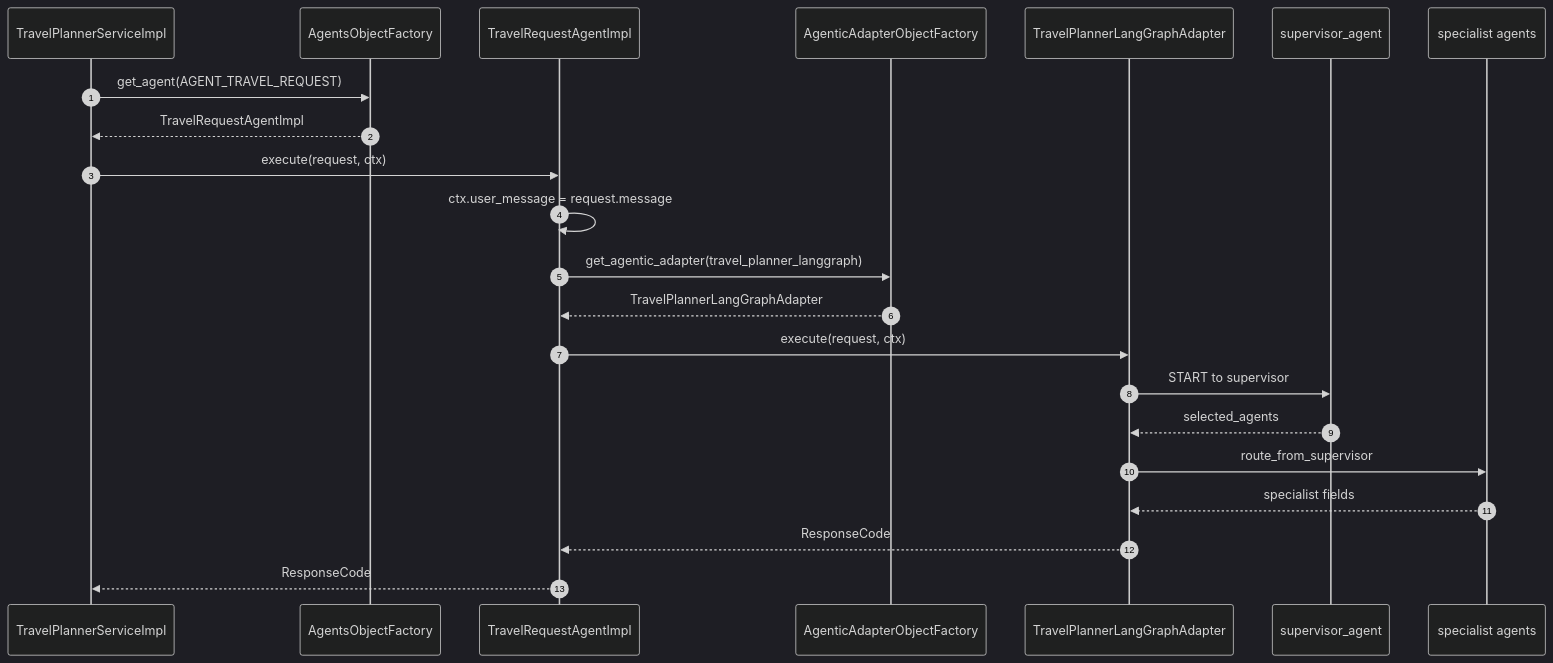
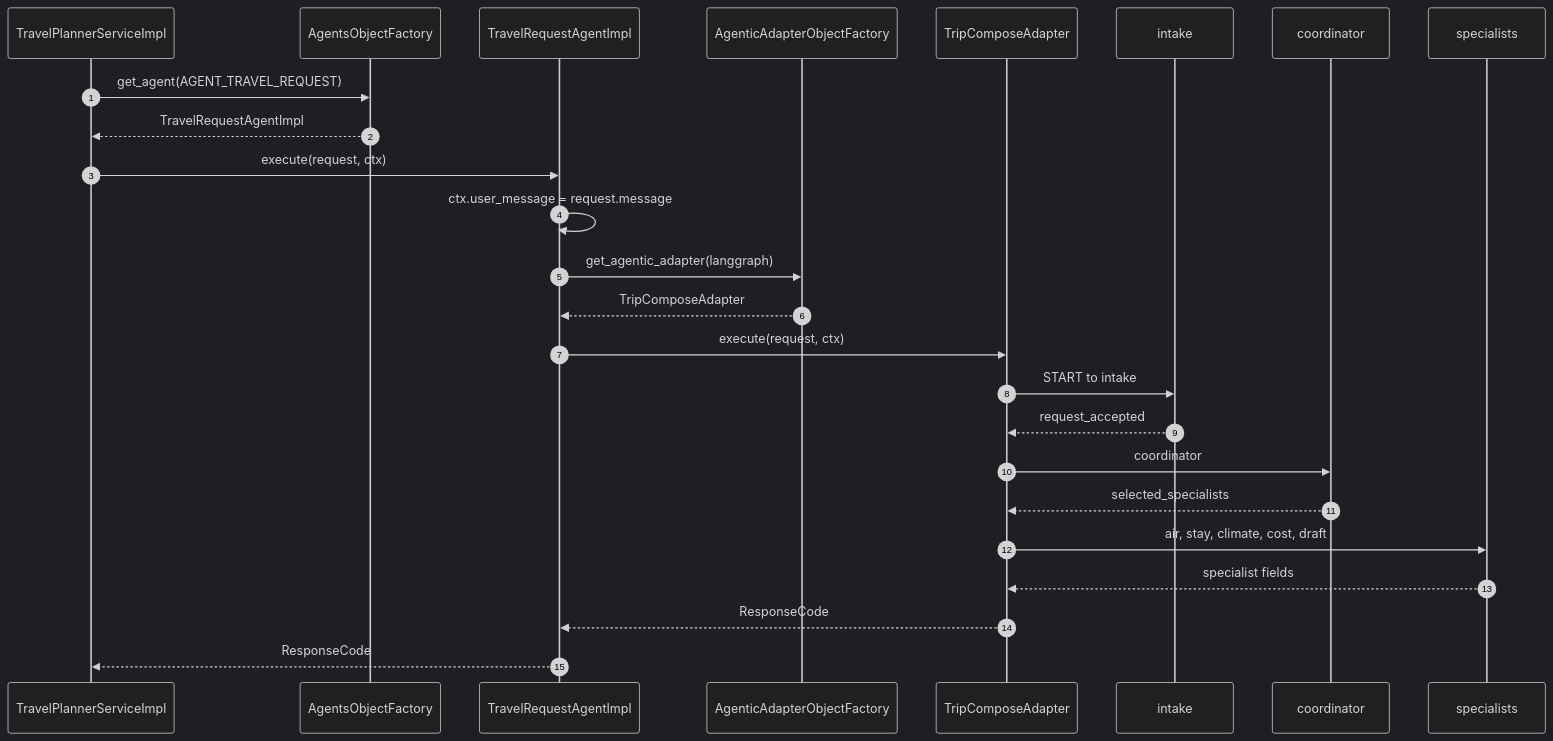
One commit to javakishore-veleti/TripMate changed the second of 3 diagrams in Docs/Design/TravelReqAgentImpl.md. Above: the diagram before and after it, drawn with Mermaid (dark theme). The commit also changed other lines of this file and 260 other files, not shown here.

````diff
--- a/Docs/Design/TravelReqAgentImpl.md
+++ b/Docs/Design/TravelReqAgentImpl.md
@@ -37,25 +37,28 @@
 ```mermaid
 sequenceDiagram
     autonumber
     participant Svc as TravelPlannerServiceImpl
     participant Agents as AgentsObjectFactory
     participant Core as TravelRequestAgentImpl
     participant Adapters as AgenticAdapterObjectFactory
-    participant Graph as TravelPlannerLangGraphAdapter
-    participant Super as supervisor_agent
-    participant Others as specialist agents
+    participant Graph as TripComposeAdapter
+    participant Intake as intake
+    participant Coord as coordinator
+    participant Others as specialists
 
     Svc->>Agents: get_agent(AGENT_TRAVEL_REQUEST)
     Agents-->>Svc: TravelRequestAgentImpl
     Svc->>Core: execute(request, ctx)
     Core->>Core: ctx.user_message = request.message
-    Core->>Adapters: get_agentic_adapter(travel_planner_langgraph)
-    Adapters-->>Core: TravelPlannerLangGraphAdapter
+    Core->>Adapters: get_agentic_adapter(langgraph)
+    Adapters-->>Core: TripComposeAdapter
     Core->>Graph: execute(request, ctx)
-    Graph->>Super: START to supervisor
-    Super-->>Graph: selected_agents
-    Graph->>Others: route_from_supervisor
+    Graph->>Intake: START to intake
+    Intake-->>Graph: request_accepted
+    Graph->>Coord: coordinator
+    Coord-->>Graph: selected_specialists
+    Graph->>Others: air, stay, climate, cost, draft
     Others-->>Graph: specialist fields
     Graph-->>Core: ResponseCode
     Core-->>Svc: ResponseCode
 ```
````
